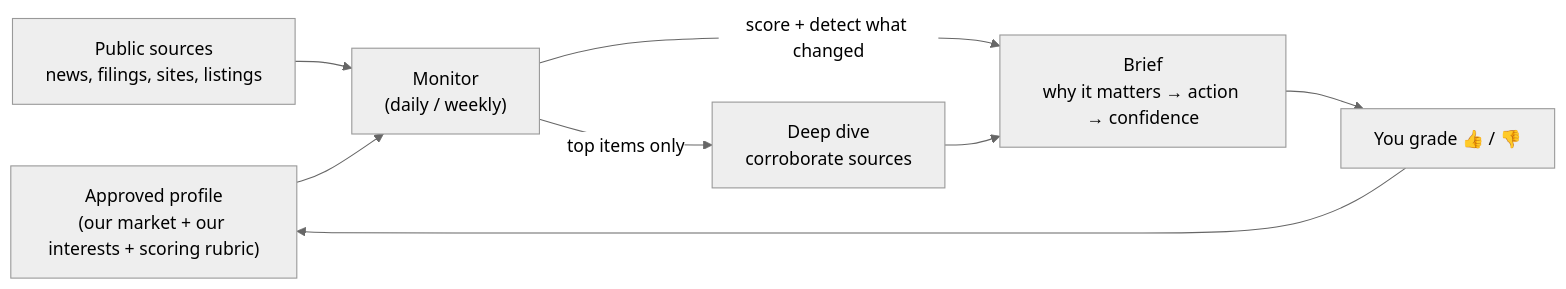
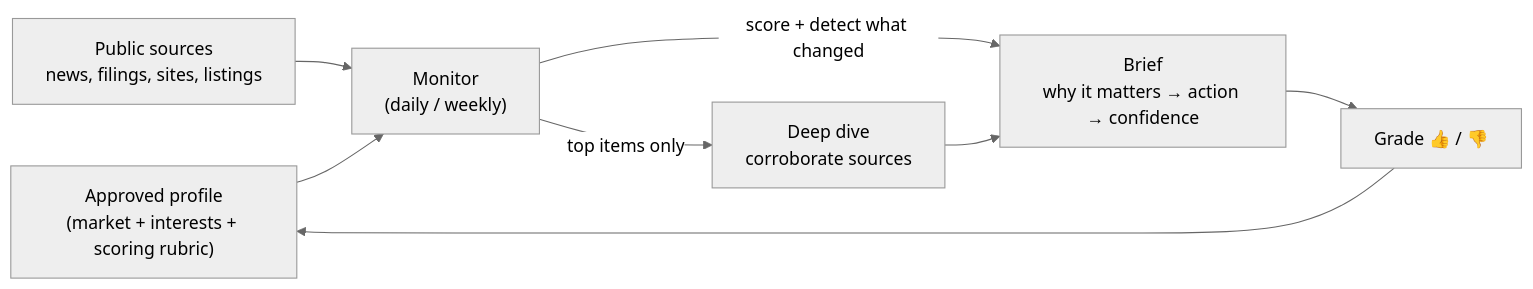
The diagram in docs/overview.md (MrZoller/vantage-point), drawn with Mermaid (neutral theme) before and after one commit. The commit also changed other lines of this file and 1 other file, not shown here.

````diff
--- a/docs/overview.md
+++ b/docs/overview.md
@@ -50,15 +50,15 @@
 ```mermaid
 flowchart LR
-  P["Approved profile<br/>(our market + our interests + scoring rubric)"]
+  P["Approved profile<br/>(market + interests + scoring rubric)"]
   S["Public sources<br/>news, filings, sites, listings"]
   M["Monitor<br/>(daily / weekly)"]
   DD["Deep dive<br/>corroborate sources"]
   R["Brief<br/>why it matters → action → confidence"]
-  G["You grade 👍 / 👎"]
+  G["Grade 👍 / 👎"]
 
   S --> M
   P --> M
   M -->|score + detect what changed| R
   M -->|top items only| DD --> R
   R --> G --> P
 ```
````
